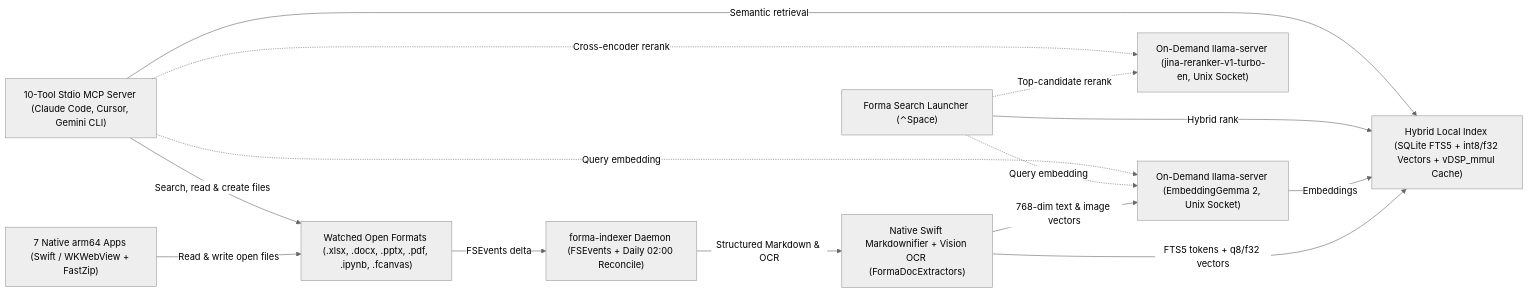
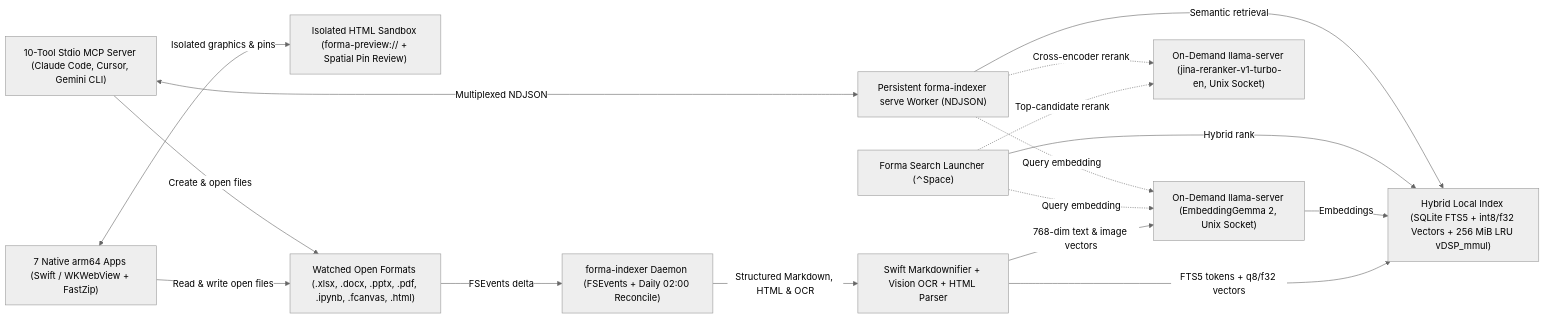
One commit to mihird94/forma-office changed the first of 2 diagrams in README.md. Above: the diagram before and after it, drawn with Mermaid (neutral theme). The commit also changed other lines of this file and 1 other file, not shown here.

Commit message:
Sync README and MCP diagrams with Live HTML Review Mode and persistent worker

````diff
--- a/README.md
+++ b/README.md
@@ -50,26 +50,30 @@
 ```mermaid
 flowchart LR
   Apps["7 Native arm64 Apps (Swift / WKWebView + FastZip)"]
+  Preview["Isolated HTML Sandbox (forma-preview:// + Spatial Pin Review)"]
   Search["Forma Search Launcher (⌃Space)"]
-  Files["Watched Open Formats (.xlsx, .docx, .pptx, .pdf, .ipynb, .fcanvas)"]
+  Files["Watched Open Formats (.xlsx, .docx, .pptx, .pdf, .ipynb, .fcanvas, .html)"]
   Indexer["forma-indexer Daemon (FSEvents + Daily 02:00 Reconcile)"]
-  Extract["Native Swift Markdownifier + Vision OCR (FormaDocExtractors)"]
-  Store["Hybrid Local Index (SQLite FTS5 + int8/f32 Vectors + vDSP_mmul Cache)"]
+  Extract["Swift Markdownifier + Vision OCR + HTML Parser"]
+  Store["Hybrid Local Index (SQLite FTS5 + int8/f32 Vectors + 256 MiB LRU vDSP_mmul)"]
   Embed["On-Demand llama-server (EmbeddingGemma 2, Unix Socket)"]
   Rerank["On-Demand llama-server (jina-reranker-v1-turbo-en, Unix Socket)"]
+  Worker["Persistent forma-indexer serve Worker (NDJSON)"]
   MCP["10-Tool Stdio MCP Server (Claude Code, Cursor, Gemini CLI)"]
 
   Apps -->|"Read & write open files"| Files
+  Apps <-->|"Isolated graphics & pins"| Preview
   Files -->|"FSEvents delta"| Indexer
-  Indexer -->|"Structured Markdown & OCR"| Extract
+  Indexer -->|"Structured Markdown, HTML & OCR"| Extract
   Extract -->|"768-dim text & image vectors"| Embed
   Extract -->|"FTS5 tokens + q8/f32 vectors"| Store
   Embed -->|"Embeddings"| Store
   Search -->|"Hybrid rank"| Store
   Search -.->|"Query embedding"| Embed
   Search -.->|"Top-candidate rerank"| Rerank
-  MCP -->|"Search, read & create files"| Files
-  MCP -->|"Semantic retrieval"| Store
-  MCP -.->|"Query embedding"| Embed
-  MCP -.->|"Cross-encoder rerank"| Rerank
+  MCP <-->|"Multiplexed NDJSON"| Worker
+  Worker -->|"Semantic retrieval"| Store
+  Worker -.->|"Query embedding"| Embed
+  Worker -.->|"Cross-encoder rerank"| Rerank
+  MCP -->|"Create & open files"| Files
 ```
````
